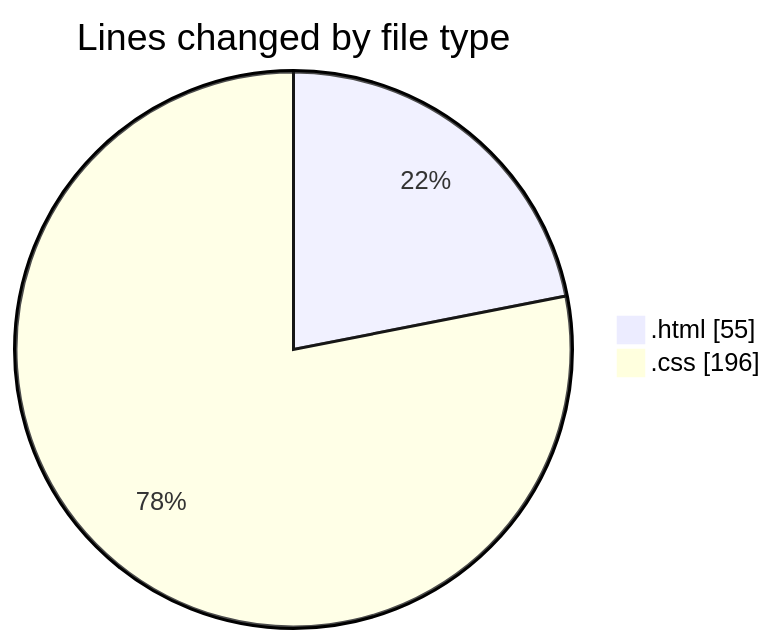
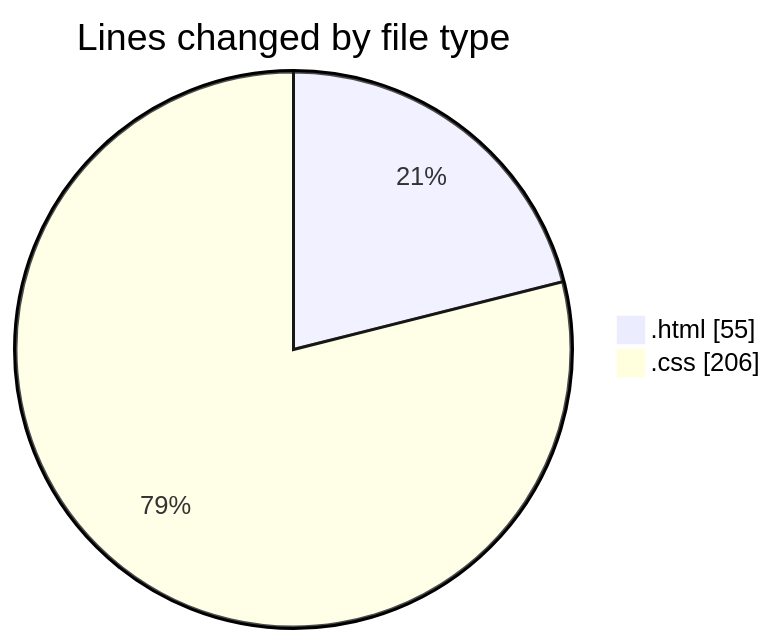
Before and after one commit to CELIANVF/code-tracking: the first of 2 diagrams in 2025-04-15/portfolio/README.md, drawn with Mermaid. The commit also changed other lines of this file and 1 other file, not shown here.

````diff
--- a/2025-04-15/portfolio/README.md
+++ b/2025-04-15/portfolio/README.md
@@ -21,6 +21,6 @@
 ```mermaid
 pie showData
 title Lines changed by file type
 ".html" : 55
-".css" : 196
+".css" : 206
 ```
````
